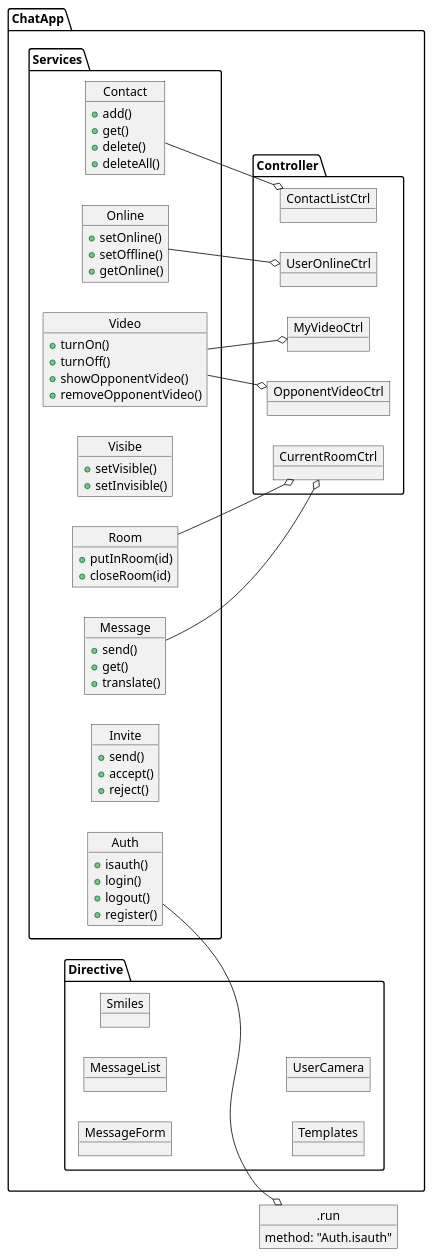
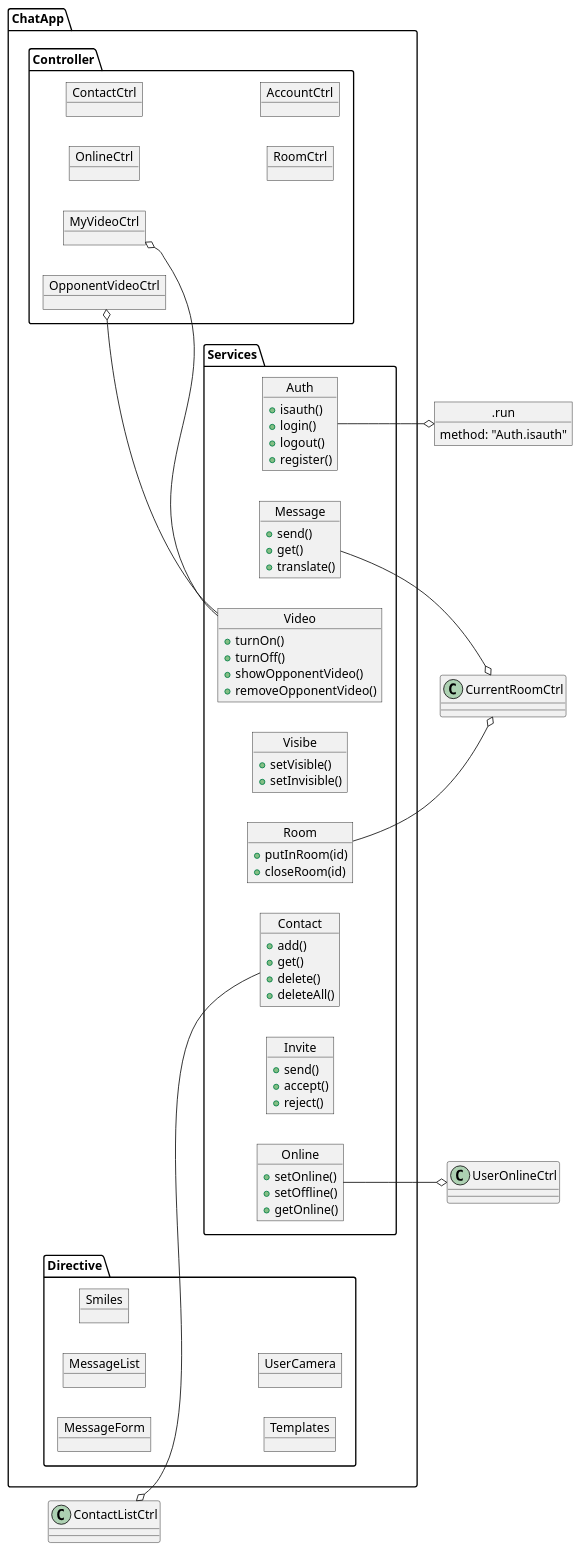
Before and after one commit to zdimon/angular-chat: the first of 2 diagrams in doc/source/owerview.rst, drawn with PlantUML. The commit also changed 22 other files, not shown here.

```diff
--- a/doc/source/owerview.rst
+++ b/doc/source/owerview.rst
@@ -76,17 +76,22 @@
 
         package "Controller" {
 
-            object UserOnlineCtrl {
+            object OnlineCtrl {
 
             }
 
-            object ContactListCtrl {
+            object ContactCtrl {
 
             }
 
-            object CurrentRoomCtrl {
+            object RoomCtrl {
 
             }
+
+            object AccountCtrl {
+
+            }
+
 
             object MyVideoCtrl {
 
```
